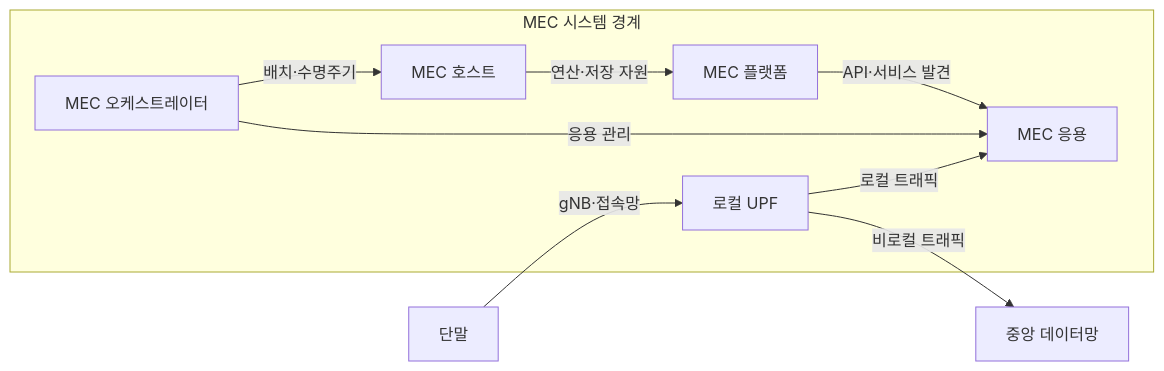
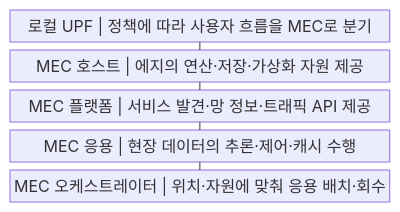
Before and after one commit to agnusdei1207/knowledge-base: the first of 2 diagrams in src/content/docs/notes/04-network/046_mobile_edge_computing.md, drawn with Mermaid. The commit also changed other lines of this file and 20 other files, not shown here.

````diff
--- a/src/content/docs/notes/04-network/046_mobile_edge_computing.md
+++ b/src/content/docs/notes/04-network/046_mobile_edge_computing.md
@@ -54,18 +54,13 @@
 ```mermaid
-flowchart LR
-    UE[단말]
-    subgraph M[MEC 시스템 경계]
-        UPF[로컬 UPF]
-        HOST[MEC 호스트]
-        PLATFORM[MEC 플랫폼]
-        APP[MEC 응용]
-        ORCH[MEC 오케스트레이터]
-        UPF -->|로컬 트래픽| APP
-        HOST -->|연산·저장 자원| PLATFORM
-        PLATFORM -->|API·서비스 발견| APP
-        ORCH -->|배치·수명주기| HOST
-        ORCH -->|응용 관리| APP
-    end
-    UE -->|gNB·접속망| UPF
-    UPF -->|비로컬 트래픽| CLOUD[중앙 데이터망]
+block
+    columns 1
+    A["로컬 UPF | 정책에 따라 사용자 흐름을 MEC로 분기"]
+    B["MEC 호스트 | 에지의 연산·저장·가상화 자원 제공"]
+    C["MEC 플랫폼 | 서비스 발견·망 정보·트래픽 API 제공"]
+    D["MEC 응용 | 현장 데이터의 추론·제어·캐시 수행"]
+    E["MEC 오케스트레이터 | 위치·자원에 맞춰 응용 배치·회수"]
+    A --- B
+    B --- C
+    C --- D
+    D --- E
 ```
````
